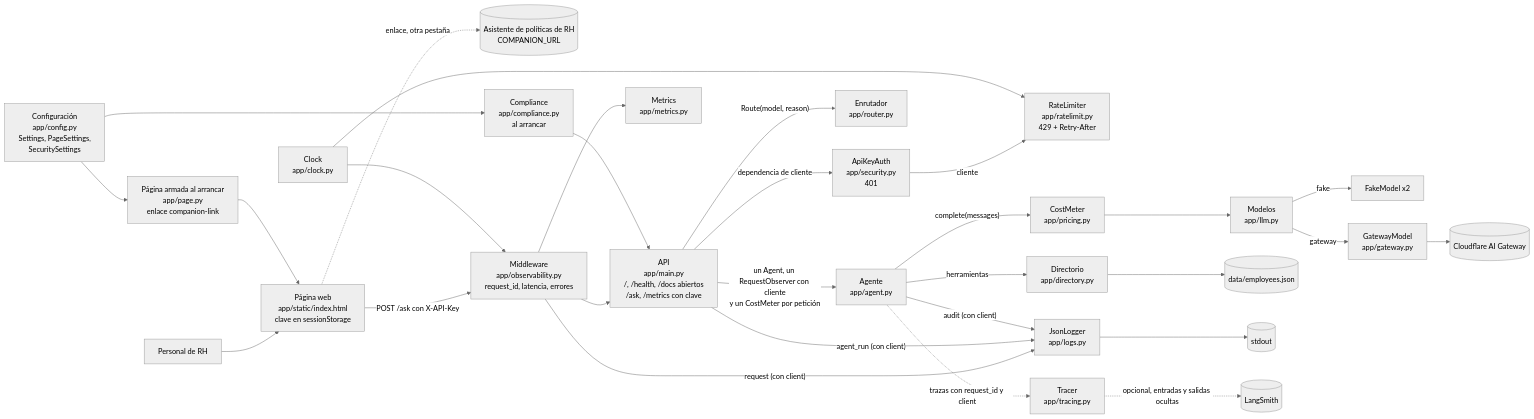
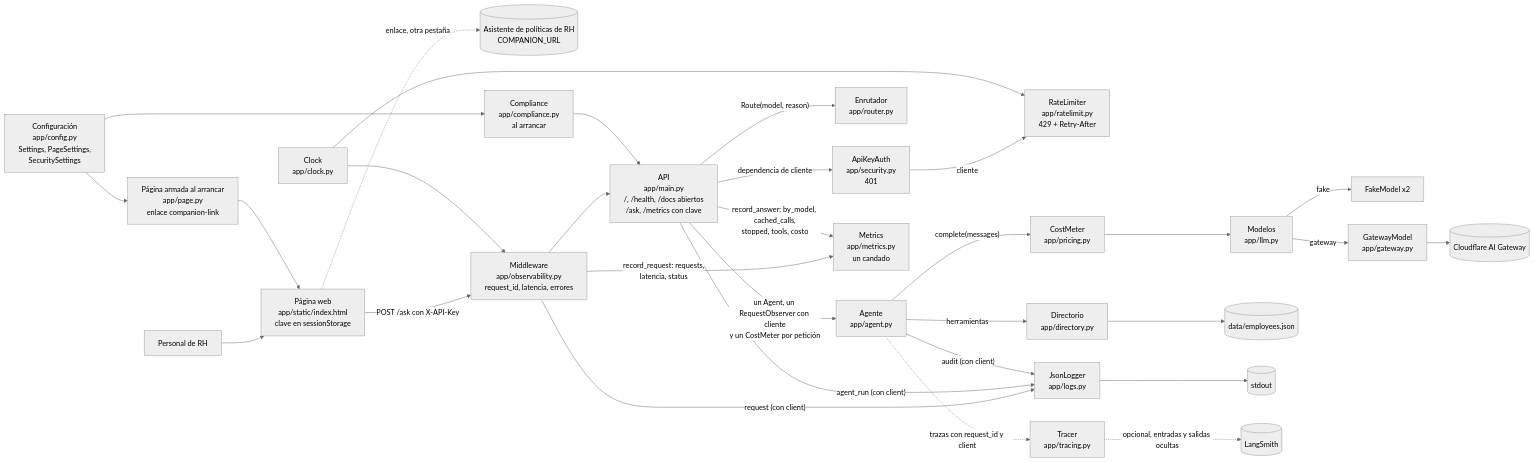
One commit to EAPH96/Fabric-AI-M4 changed the first of 6 diagrams in doc/architecture.md. Above: the diagram before and after it, drawn with Mermaid (neutral theme). The commit also changed other lines of this file and 18 other files, not shown here.

Commit message:
spec/07-reto-observabilidad.md: métricas de negocio (by_model, cached_calls, stopped, tools, status) en /metrics de los dos productos

````diff
--- a/doc/architecture.md
+++ b/doc/architecture.md
@@ -16,31 +19,32 @@
 ```mermaid
 flowchart LR
     U[Personal de RH] --> P["Página web<br/>app/static/index.html<br/>clave en sessionStorage"]
     PG["Página armada al arrancar<br/>app/page.py<br/>enlace companion-link"] --> P
     C["Configuración<br/>app/config.py<br/>Settings, PageSettings,<br/>SecuritySettings"] --> PG
     P -. "enlace, otra pestaña" .-> POL[("Asistente de políticas de RH<br/>COMPANION_URL")]
     P -- "POST /ask con X-API-Key" --> MW["Middleware<br/>app/observability.py<br/>request_id, latencia, errores"]
     MW --> M["API<br/>app/main.py<br/>/, /health, /docs abiertos<br/>/ask, /metrics con clave"]
     C --> CO["Compliance<br/>app/compliance.py<br/>al arrancar"]
     CO --> M
     M -- "dependencia de cliente" --> AU["ApiKeyAuth<br/>app/security.py<br/>401"]
     AU -- "cliente" --> RL["RateLimiter<br/>app/ratelimit.py<br/>429 + Retry-After"]
     CLK["Clock<br/>app/clock.py"] --> RL
     CLK --> MW
     M -- "Route(model, reason)" --> R["Enrutador<br/>app/router.py"]
     M -- "un Agent, un RequestObserver con cliente<br/>y un CostMeter por petición" --> A["Agente<br/>app/agent.py"]
     A -- "complete(messages)" --> CM["CostMeter<br/>app/pricing.py"]
     CM --> L["Modelos<br/>app/llm.py"]
     L -- "fake" --> F["FakeModel x2"]
     L -- "gateway" --> G["GatewayModel<br/>app/gateway.py"]
     G --> AIG[(Cloudflare AI Gateway)]
     A -- "herramientas" --> D["Directorio<br/>app/directory.py"]
     D --> J[("data/employees.json")]
     MW -- "request (con client)" --> LOG["JsonLogger<br/>app/logs.py"]
     M -- "agent_run (con client)" --> LOG
     A -- "audit (con client)" --> LOG
     LOG --> OUT[("stdout")]
-    MW --> MET["Metrics<br/>app/metrics.py"]
+    MW -- "record_request: requests,<br/>latencia, status" --> MET["Metrics<br/>app/metrics.py<br/>un candado"]
+    M -- "record_answer: by_model, cached_calls,<br/>stopped, tools, costo" --> MET
     A -. "trazas con request_id y client" .-> TR["Tracer<br/>app/tracing.py"]
     TR -. "opcional, entradas y salidas ocultas" .-> LS[(LangSmith)]
 ```
````
